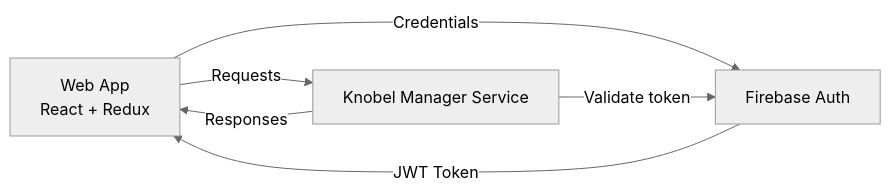
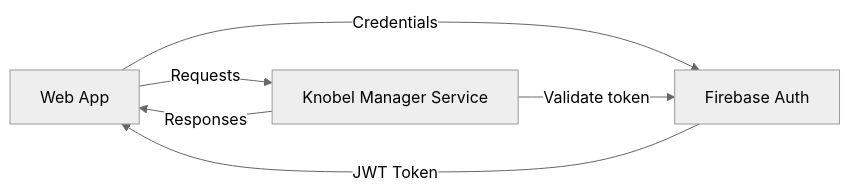
The diagram in README.md (henok321/knobel-manager-app), drawn with Mermaid (neutral theme) before and after one commit.

````diff
--- a/README.md
+++ b/README.md
@@ -13,8 +13,8 @@
 ```mermaid
 graph LR
-    Web-App[Web App<br/>React + Redux] -->|Credentials| Auth[Firebase Auth]
+    Web-App[Web App] -->|Credentials| Auth[Firebase Auth]
     Auth -->|JWT Token| Web-App
     Web-App -->|Requests| Backend[Knobel Manager Service]
     Backend -->|Responses| Web-App
     Backend -->|Validate token| Auth
 ```
````
